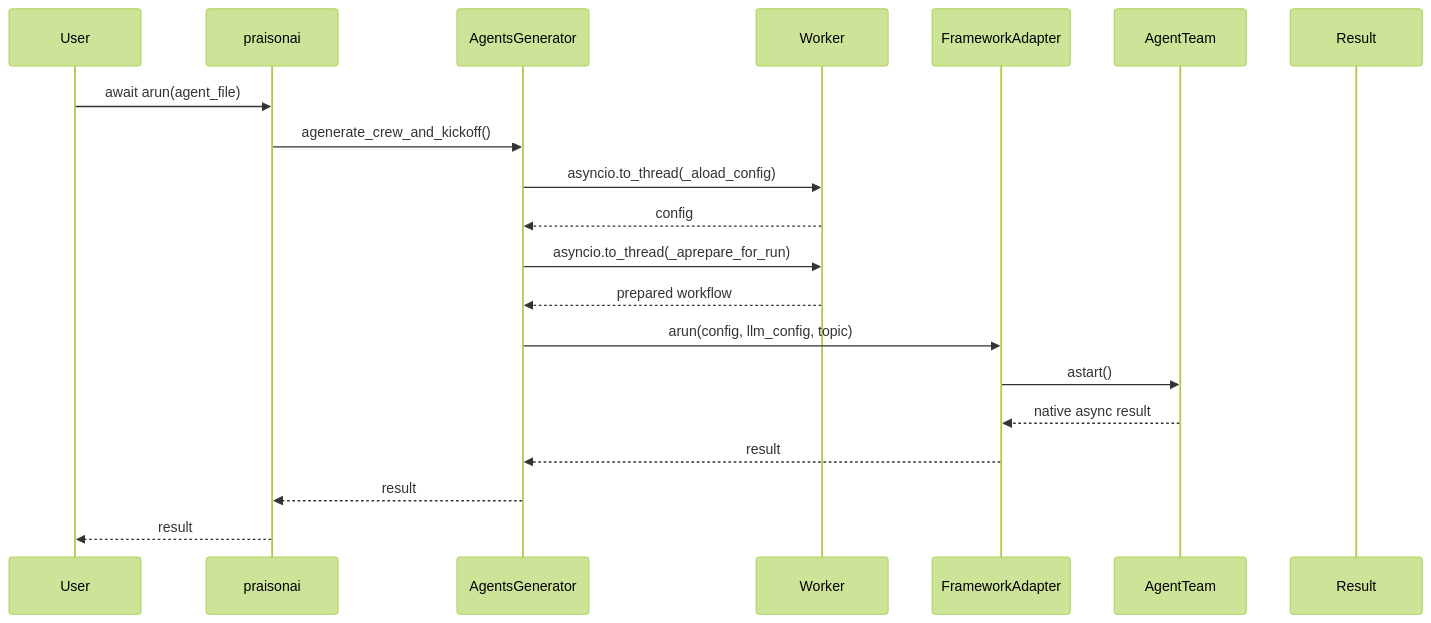
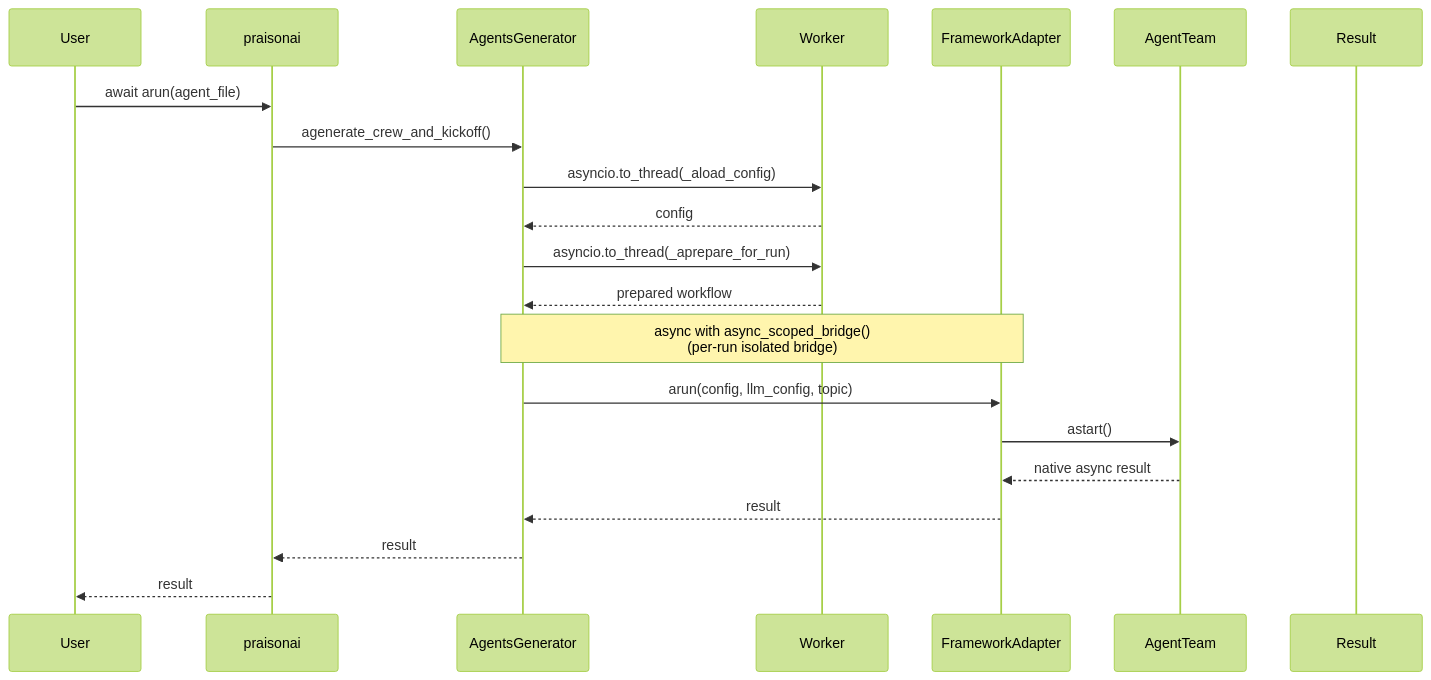
The second of 3 diagrams in docs/features/async-crew-kickoff.mdx (MervinPraison/PraisonAIDocs), drawn with Mermaid (forest theme) before and after one commit. The commit also changed other lines of this file and 1 other file, not shown here.

Commit message:
docs: document async_scoped_bridge() and symmetric async isolation (fixes #4221)

````diff
--- a/docs/features/async-crew-kickoff.mdx
+++ b/docs/features/async-crew-kickoff.mdx
@@ -78,23 +83,24 @@
 ```mermaid
 sequenceDiagram
     participant User
     participant praisonai
     participant AgentsGenerator
     participant Worker
     participant FrameworkAdapter
     participant AgentTeam
     participant Result
     
     User->>praisonai: await arun(agent_file)
     praisonai->>AgentsGenerator: agenerate_crew_and_kickoff()
     AgentsGenerator->>Worker: asyncio.to_thread(_aload_config)
     Worker-->>AgentsGenerator: config
     AgentsGenerator->>Worker: asyncio.to_thread(_aprepare_for_run)
     Worker-->>AgentsGenerator: prepared workflow
+    Note over AgentsGenerator,FrameworkAdapter: async with async_scoped_bridge()<br/>(per-run isolated bridge)
     AgentsGenerator->>FrameworkAdapter: arun(config, llm_config, topic)
     FrameworkAdapter->>AgentTeam: astart() 
     AgentTeam-->>FrameworkAdapter: native async result
     FrameworkAdapter-->>AgentsGenerator: result
     AgentsGenerator-->>praisonai: result
     praisonai-->>User: result
 ```
````
